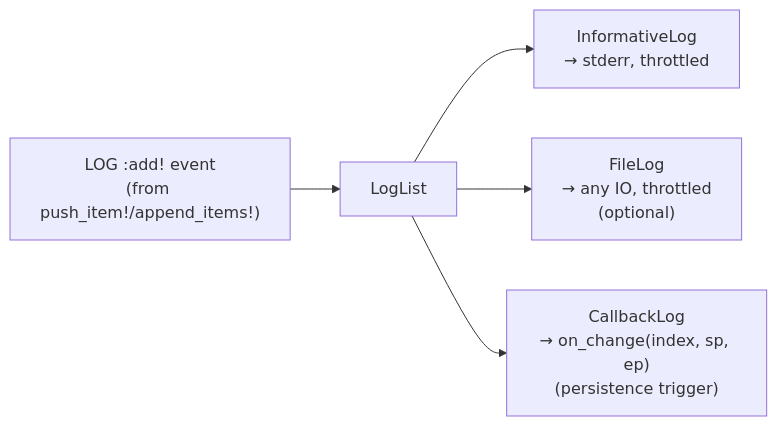
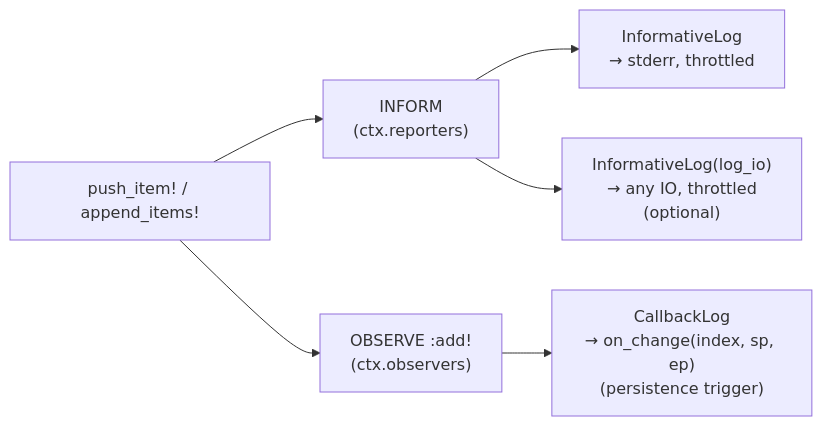
Before and after one commit to sadit/SimilaritySearchEngine.jl: the eighth of 8 diagrams in manual/architecture.qmd, drawn with Mermaid. The commit also changed other lines of this file and 6 other files, not shown here.

First line of the commit message:
Drop FileLog, CallbackLog and _engine_logger in favor of the two slots

````diff
--- a/manual/architecture.qmd
+++ b/manual/architecture.qmd
@@ -477,7 +480,8 @@
 ```{mermaid}
 flowchart LR
-    Event["LOG :add! event<br/>(from push_item!/append_items!)"] --> LogList
-    LogList --> InformativeLog["InformativeLog<br/>→ stderr, throttled"]
-    LogList --> FileLog["FileLog<br/>→ any IO, throttled<br/>(optional)"]
-    LogList --> CallbackLog["CallbackLog<br/>→ on_change(index, sp, ep)<br/>(persistence trigger)"]
+    Mutation["push_item! / append_items!"] --> INFORM["INFORM<br/>(ctx.reporters)"]
+    Mutation --> OBSERVE["OBSERVE :add!<br/>(ctx.observers)"]
+    INFORM --> Stderr["InformativeLog<br/>→ stderr, throttled"]
+    INFORM --> FileIO["InformativeLog(log_io)<br/>→ any IO, throttled<br/>(optional)"]
+    OBSERVE --> CallbackLog["CallbackLog<br/>→ on_change(index, sp, ep)<br/>(persistence trigger)"]
 ```
````
